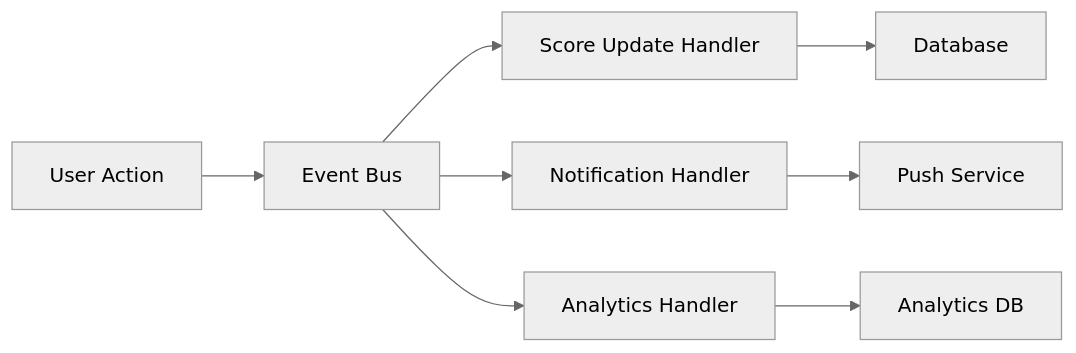
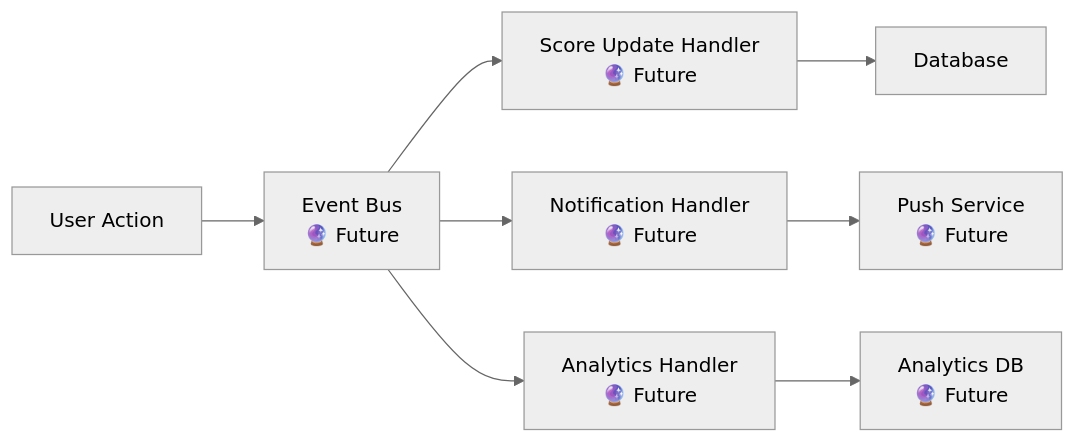
The third of 22 diagrams in src/problem6/docs/FLOW_DIAGRAM.md (hashcott/code-challenge), drawn with Mermaid (neutral theme) before and after one commit. The commit also changed other lines of this file, not shown here.

Commit message:
docs: update flow

````diff
--- a/src/problem6/docs/FLOW_DIAGRAM.md
+++ b/src/problem6/docs/FLOW_DIAGRAM.md
@@ -83,10 +107,10 @@
 ```mermaid
 graph LR
-    A[User Action] --> B[Event Bus]
-    B --> C[Score Update Handler]
-    B --> D[Notification Handler]
-    B --> E[Analytics Handler]
+    A[User Action] --> B[Event Bus<br/>🔮 Future]
+    B --> C[Score Update Handler<br/>🔮 Future]
+    B --> D[Notification Handler<br/>🔮 Future]
+    B --> E[Analytics Handler<br/>🔮 Future]
     C --> F[Database]
-    D --> G[Push Service]
-    E --> H[Analytics DB]
+    D --> G[Push Service<br/>🔮 Future]
+    E --> H[Analytics DB<br/>🔮 Future]
 ```
````
